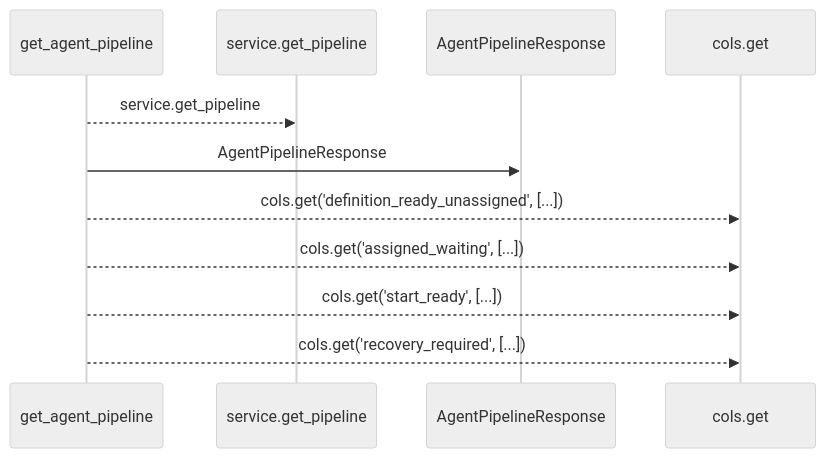
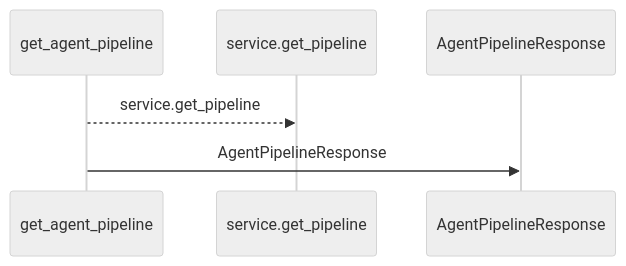
The first of 2 diagrams in docs/llm_wiki/flows/http-get_agent_pipeline.md (Denissvgn/WorkChord), drawn with Mermaid (neutral theme) before and after one commit. The commit also changed other lines of this file and 846 other files, not shown here.

````diff
--- a/docs/llm_wiki/flows/http-get_agent_pipeline.md
+++ b/docs/llm_wiki/flows/http-get_agent_pipeline.md
@@ -12,13 +12,8 @@
 ```mermaid
 sequenceDiagram
     participant p0 as get_agent_pipeline
     participant p1 as service.get_pipeline
     participant p2 as AgentPipelineResponse
-    participant p3 as cols.get
     p0-->>p1: service.get_pipeline
     p0->>p2: AgentPipelineResponse
-    p0-->>p3: cols.get('definition_ready_unassigned', [...])
-    p0-->>p3: cols.get('assigned_waiting', [...])
-    p0-->>p3: cols.get('start_ready', [...])
-    p0-->>p3: cols.get('recovery_required', [...])
 ```
````
